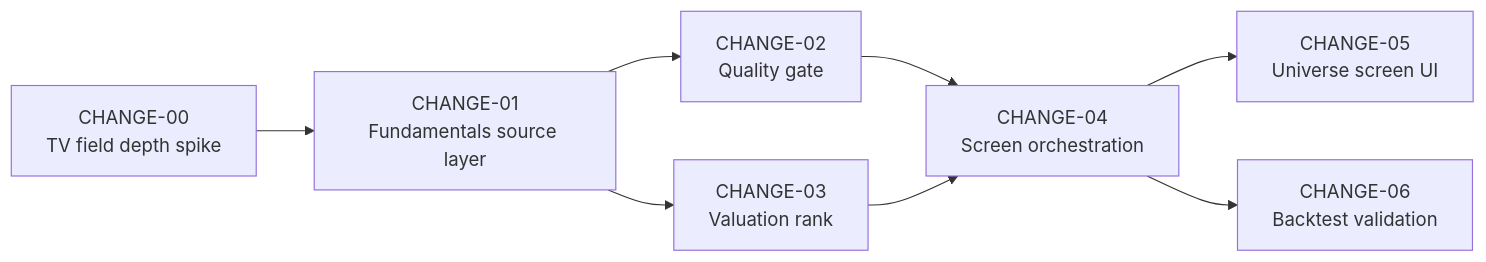
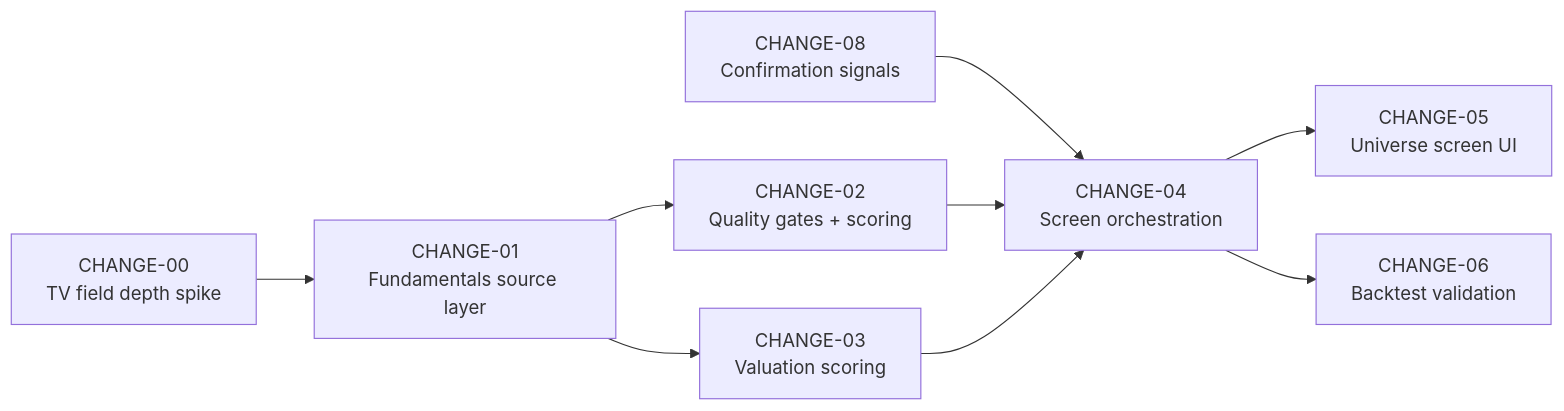
One commit to xmagcx/InvestmentToolkit changed the diagram in docs/TODO.md. Above: the diagram before and after it, drawn with Mermaid. The commit also changed other lines of this file and 1 other file, not shown here.

First line of the commit message:
docs: relax screen gating, add Buffett+Smith checklist and confirmation signals

````diff
--- a/docs/TODO.md
+++ b/docs/TODO.md
@@ -27,10 +27,11 @@
 ```mermaid
 flowchart LR
     C0["CHANGE-00<br/>TV field depth spike"] --> C1["CHANGE-01<br/>Fundamentals source layer"]
-    C1 --> C2["CHANGE-02<br/>Quality gate"]
-    C1 --> C3["CHANGE-03<br/>Valuation rank"]
+    C1 --> C2["CHANGE-02<br/>Quality gates + scoring"]
+    C1 --> C3["CHANGE-03<br/>Valuation scoring"]
+    C8["CHANGE-08<br/>Confirmation signals"] --> C4
     C2 --> C4["CHANGE-04<br/>Screen orchestration"]
     C3 --> C4
     C4 --> C5["CHANGE-05<br/>Universe screen UI"]
     C4 --> C6["CHANGE-06<br/>Backtest validation"]
 ```
````
